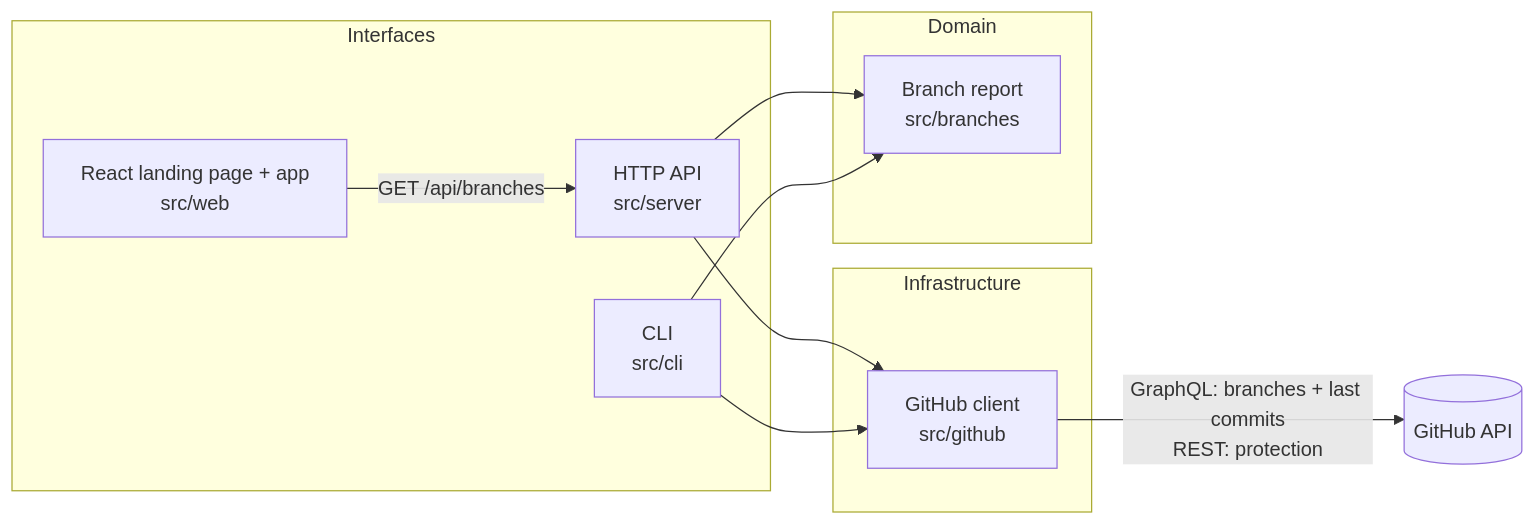
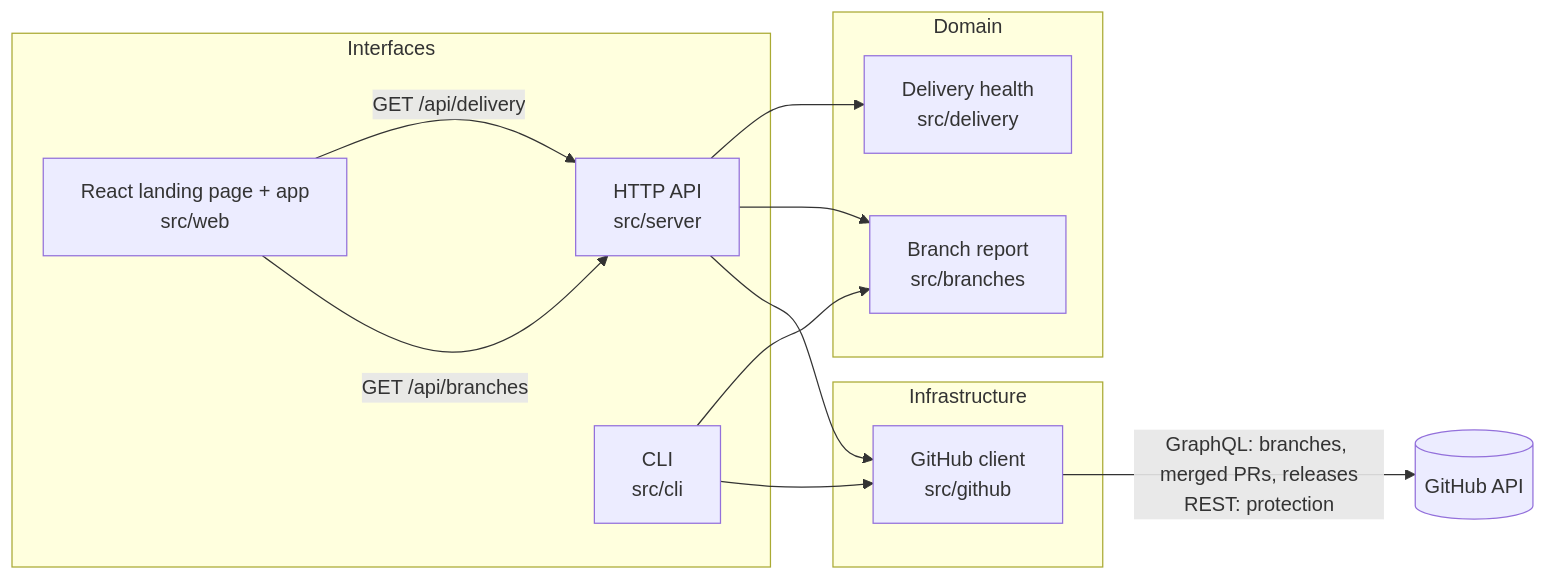
One commit to BrahimNJ/DevPulse changed the first of 2 diagrams in README.md. Above: the diagram before and after it, drawn with Mermaid. The commit also changed other lines of this file and 4 other files, not shown here.

First line of the commit message:
docs: describe delivery health as the second feature

````diff
--- a/README.md
+++ b/README.md
@@ -82,20 +89,23 @@
 ```mermaid
 flowchart LR
     subgraph Interfaces
         W[React landing page + app<br/>src/web]
         S[HTTP API<br/>src/server]
         C[CLI<br/>src/cli]
     end
     subgraph Infrastructure
         G[GitHub client<br/>src/github]
     end
     subgraph Domain
         B[Branch report<br/>src/branches]
+        D[Delivery health<br/>src/delivery]
     end
     W -->|GET /api/branches| S
+    W -->|GET /api/delivery| S
     S --> G
     C --> G
     S --> B
+    S --> D
     C --> B
-    G -->|GraphQL: branches + last commits<br/>REST: protection| GH[(GitHub API)]
+    G -->|GraphQL: branches, merged PRs, releases<br/>REST: protection| GH[(GitHub API)]
 ```
````
